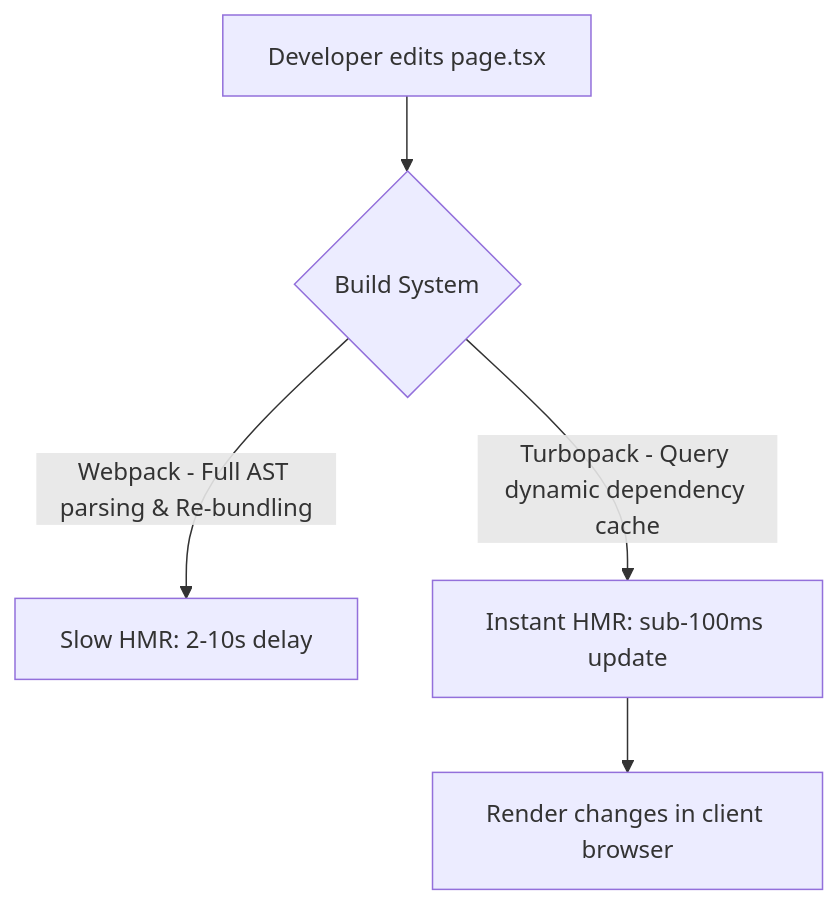
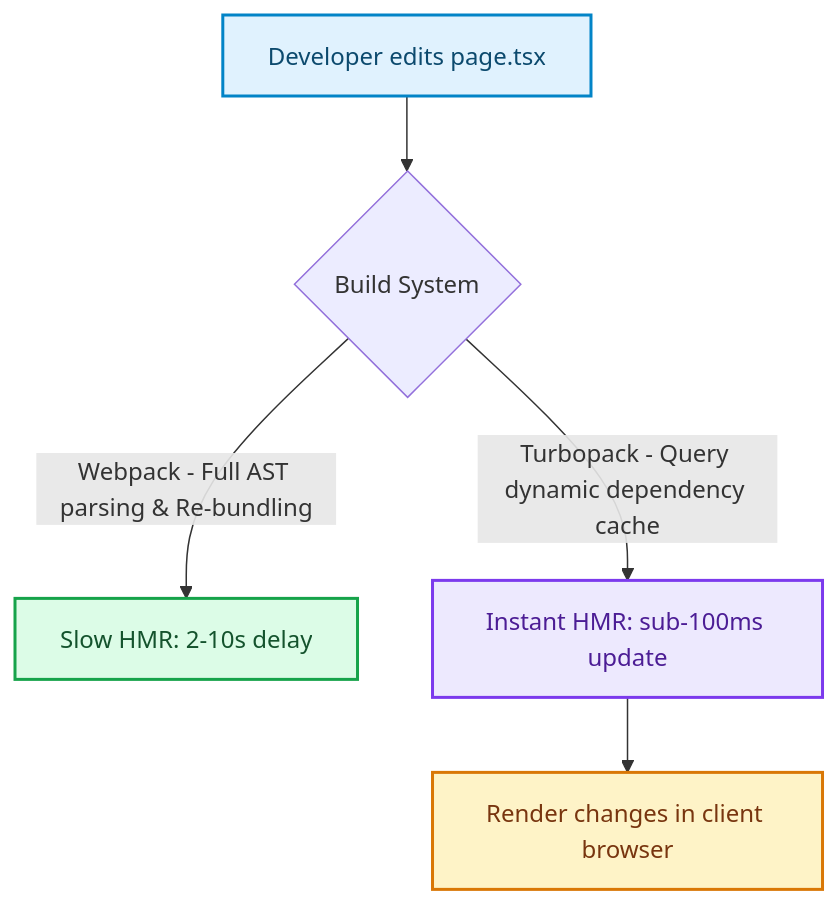
The diagram in blog/posts/nextjs-turbopack-native-tooling-era.md (akmalkhaniub/akmalkhaniub.github.io), drawn with Mermaid before and after one commit. The commit also changed other lines of this file and 1291 other files, not shown here.

First line of the commit message:
feat(catalog): unique covers, scholarly references, and diagram palettes

````diff
--- a/blog/posts/nextjs-turbopack-native-tooling-era.md
+++ b/blog/posts/nextjs-turbopack-native-tooling-era.md
@@ -21,7 +21,17 @@
 ```mermaid
 flowchart TD
-  A[Developer edits page.tsx] --> B{Build System}
-  B -->|Webpack - Full AST parsing & Re-bundling| C[Slow HMR: 2-10s delay]
-  B -->|Turbopack - Query dynamic dependency cache| D[Instant HMR: sub-100ms update]
-  D --> E[Render changes in client browser]
+  A["Developer edits page.tsx"] --> B{Build System}
+  B -->|Webpack - Full AST parsing & Re-bundling| C["Slow HMR: 2-10s delay"]
+  B -->|Turbopack - Query dynamic dependency cache| D["Instant HMR: sub-100ms update"]
+  D --> E["Render changes in client browser"]
+
+classDef green fill:#dcfce7,stroke:#16a34a,stroke-width:2px,color:#14532d;
+classDef red fill:#fee2e2,stroke:#dc2626,stroke-width:2px,color:#7f1d1d;
+classDef blue fill:#e0f2fe,stroke:#0284c7,stroke-width:2px,color:#0c4a6e;
+classDef yellow fill:#fef3c7,stroke:#d97706,stroke-width:2px,color:#78350f;
+classDef purple fill:#ede9fe,stroke:#7c3aed,stroke-width:2px,color:#4c1d95;
+class A blue
+class C green
+class D purple
+class E yellow
 ```
````
